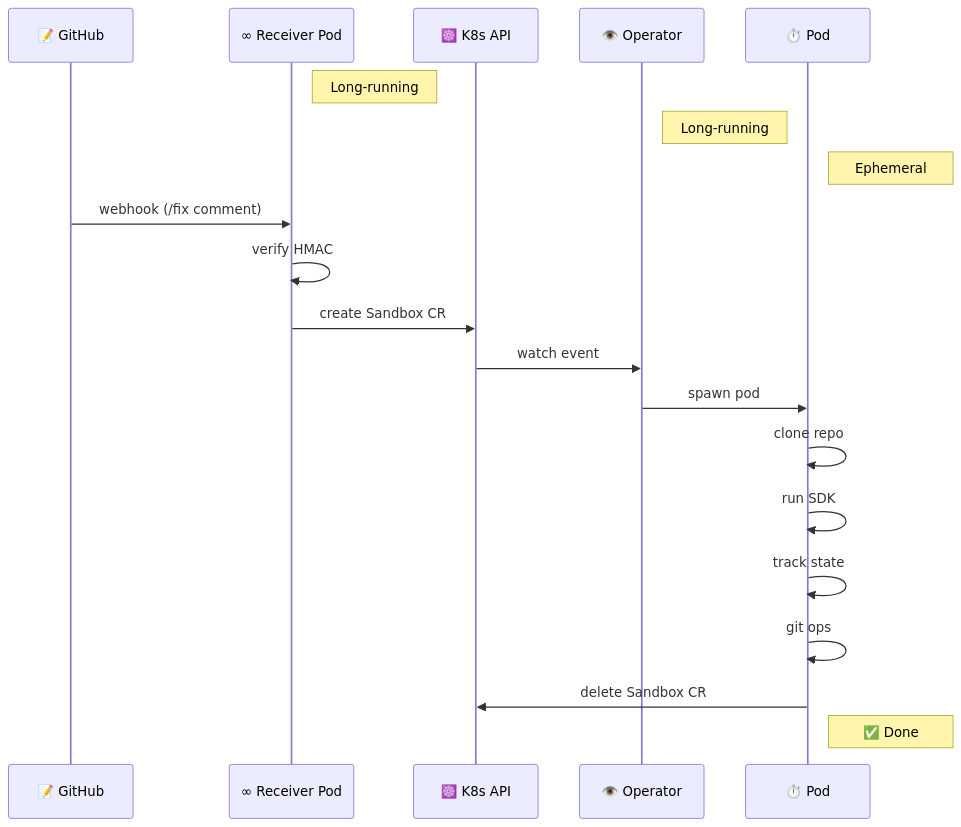
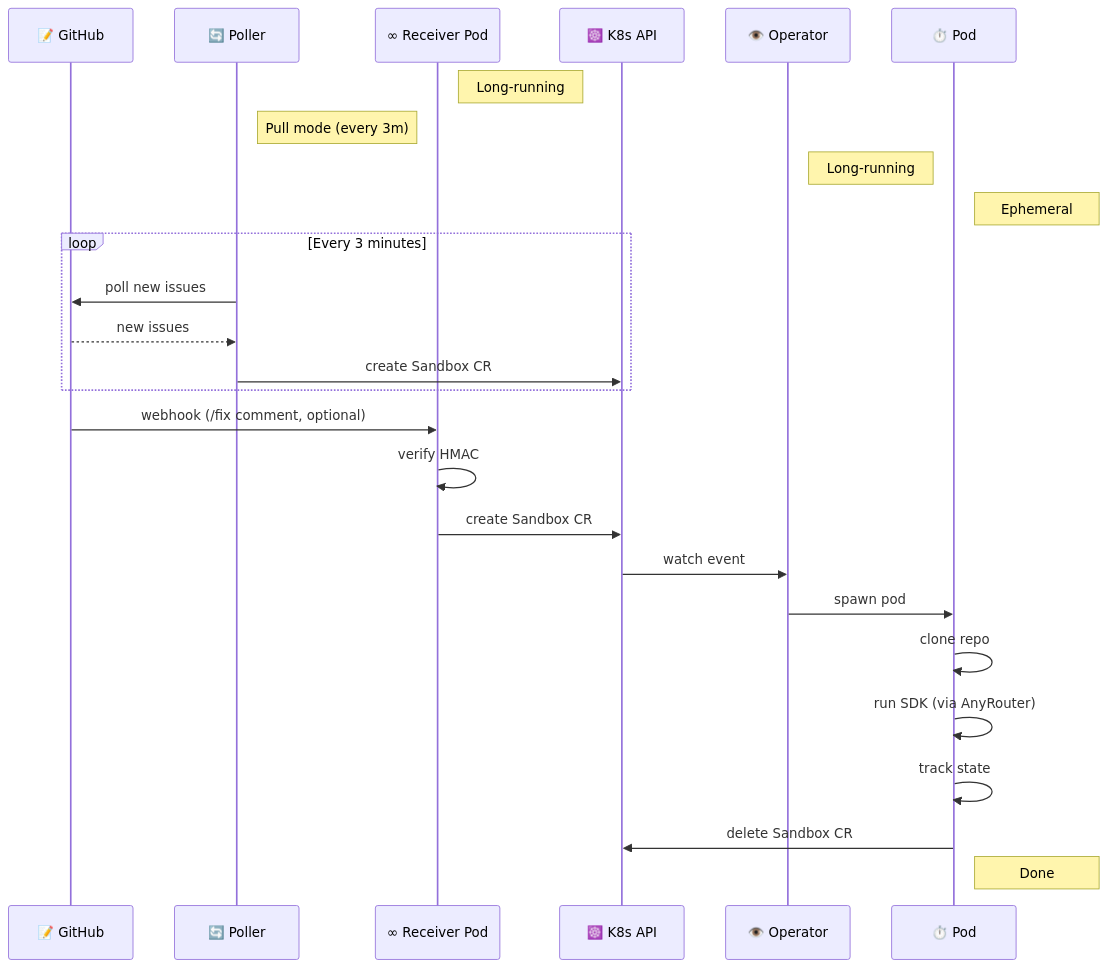
Before and after one commit to duyet/claude-agent-runner: the diagram in README.md, drawn with Mermaid. The commit also changed other lines of this file and 4 other files, not shown here.

First line of the commit message:
feat: AnyRouter gateway, LRU cache, pull mode improvements

````diff
--- a/README.md
+++ b/README.md
@@ -27,26 +27,33 @@
 ```mermaid
 sequenceDiagram
     participant GH as 📝 GitHub
+    participant PL as 🔄 Poller
     participant RP as ∞ Receiver Pod
     participant K8s as ☸️ K8s API
     participant OP as 👁️ Operator
     participant AG as ⏱️ Pod
 
     Note right of RP: Long-running
+    Note right of PL: Pull mode (every 3m)
     Note right of OP: Long-running
     Note right of AG: Ephemeral
 
-    GH->>RP: webhook (/fix comment)
+    loop Every 3 minutes
+        PL->>GH: poll new issues
+        GH-->>PL: new issues
+        PL->>K8s: create Sandbox CR
+    end
+
+    GH->>RP: webhook (/fix comment, optional)
     RP->>RP: verify HMAC
     RP->>K8s: create Sandbox CR
     K8s->>OP: watch event
     OP->>AG: spawn pod
     
     AG->>AG: clone repo
-    AG->>AG: run SDK
+    AG->>AG: run SDK (via AnyRouter)
     AG->>AG: track state
-    AG->>AG: git ops
 
     AG->>K8s: delete Sandbox CR
-    Note right of AG: ✅ Done
+    Note right of AG: Done
 ```
````
